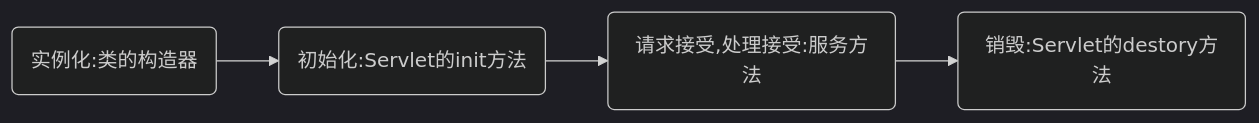
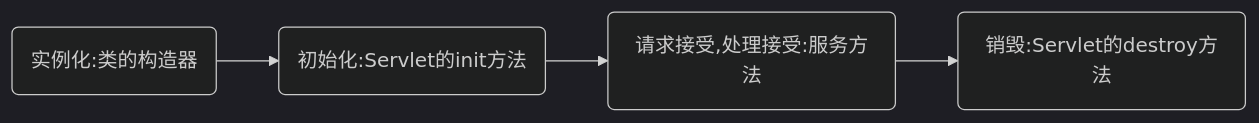
Before and after one commit to mel0nyrame/JavaWeb: the fifth of 8 diagrams in Web后端/Servlet.md, drawn with Mermaid (dark theme). The commit also changed other lines of this file, not shown here.

````diff
--- a/Web后端/Servlet.md
+++ b/Web后端/Servlet.md
@@ -65,4 +65,4 @@
 ```mermaid
 graph LR
-A(实例化:类的构造器) --> B(初始化:Servlet的init方法) --> C(请求接受,处理接受:服务方法) --> D(销毁:Servlet的destory方法)
+A(实例化:类的构造器) --> B(初始化:Servlet的init方法) --> C(请求接受,处理接受:服务方法) --> D(销毁:Servlet的destroy方法)
 ```
````
